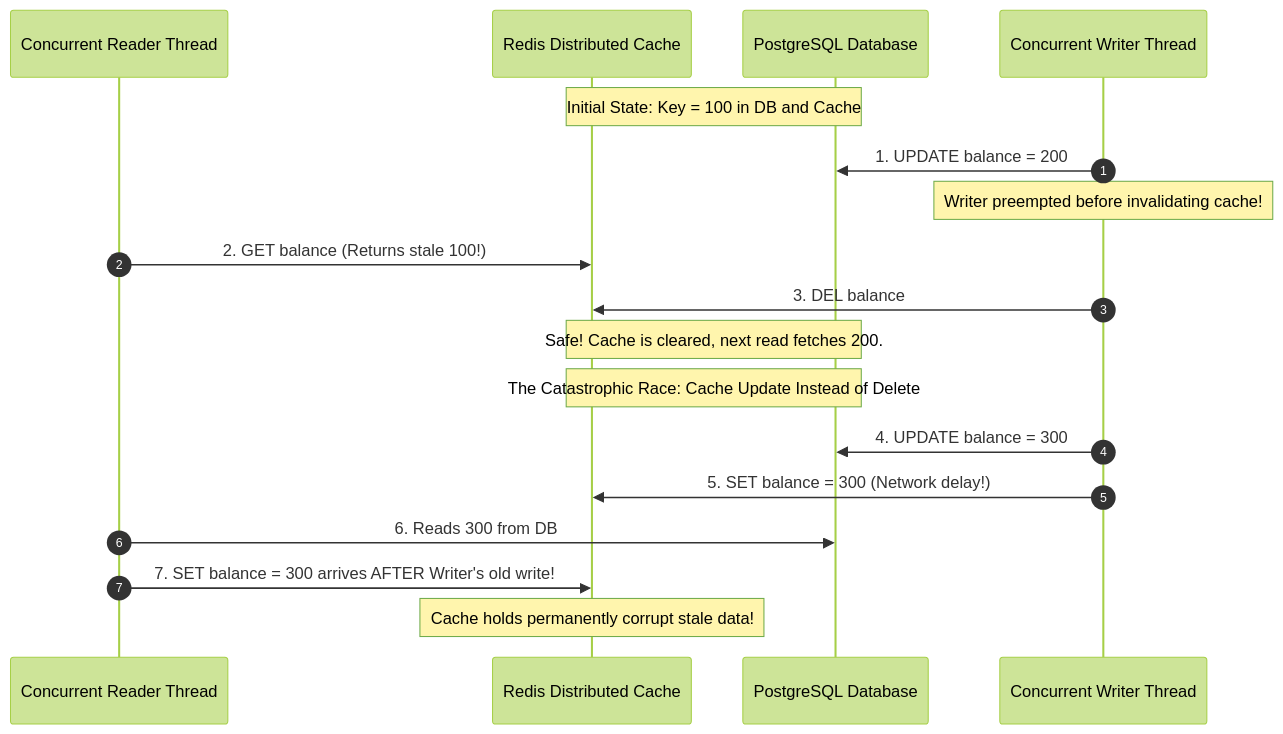
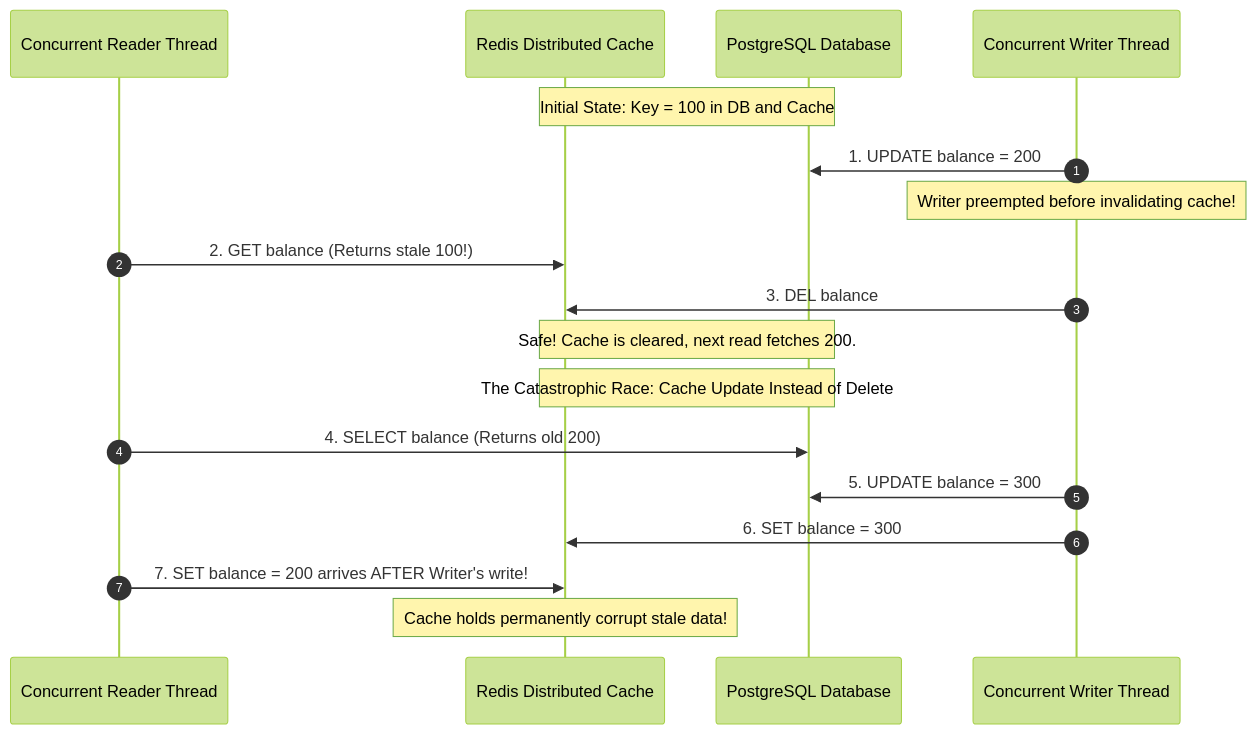
The third of 6 diagrams in architecture/data-systems/modules/09-caching-theory-and-consistency.md (espoem/zero-to-one), drawn with Mermaid (forest theme) before and after one commit. The commit also changed other lines of this file and 43 other files, not shown here.

````diff
--- a/architecture/data-systems/modules/09-caching-theory-and-consistency.md
+++ b/architecture/data-systems/modules/09-caching-theory-and-consistency.md
@@ -89,22 +89,22 @@
 ```mermaid
 sequenceDiagram
     autonumber
     participant Reader as Concurrent Reader Thread
     participant Cache as Redis Distributed Cache
     participant DB as PostgreSQL Database
     participant Writer as Concurrent Writer Thread
 
     Note over DB, Cache: Initial State: Key = 100 in DB and Cache
     Writer->>DB: 1. UPDATE balance = 200
     Note over Writer: Writer preempted before invalidating cache!
     Reader->>Cache: 2. GET balance (Returns stale 100!)
     Writer->>Cache: 3. DEL balance
     Note over DB, Cache: Safe! Cache is cleared, next read fetches 200.
 
     Note over DB, Cache: The Catastrophic Race: Cache Update Instead of Delete
-    Writer->>DB: 4. UPDATE balance = 300
-    Writer->>Cache: 5. SET balance = 300 (Network delay!)
-    Reader->>DB: 6. Reads 300 from DB
-    Reader->>Cache: 7. SET balance = 300 arrives AFTER Writer's old write!
+    Reader->>DB: 4. SELECT balance (Returns old 200)
+    Writer->>DB: 5. UPDATE balance = 300
+    Writer->>Cache: 6. SET balance = 300
+    Reader->>Cache: 7. SET balance = 200 arrives AFTER Writer's write!
     Note over Cache: Cache holds permanently corrupt stale data!
 ```
````
